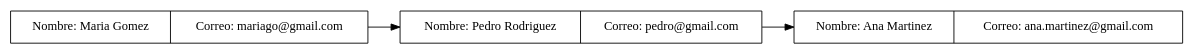
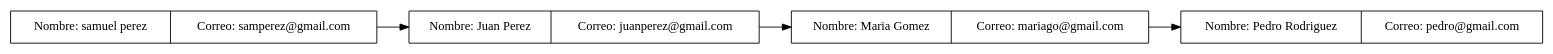
Before and after one commit to elsaminee/-EDD-Proyecto_202200198: the diagram in output/usuarios.dot, drawn with Graphviz. The commit also changed 12 other files, not shown here.

```diff
--- a/output/usuarios.dot
+++ b/output/usuarios.dot
@@ -1,9 +1,11 @@
 digraph G {
 node [shape=record];
 rankdir=LR;
-node0 [label="{Nombre: Maria Gomez | Correo: mariago@gmail.com}"];
+node0 [label="{Nombre: samuel perez | Correo: samperez@gmail.com}"];
 node0 -> node1;
-node1 [label="{Nombre: Pedro Rodriguez | Correo: pedro@gmail.com}"];
+node1 [label="{Nombre: Juan Perez | Correo: juanperez@gmail.com}"];
 node1 -> node2;
-node2 [label="{Nombre: Ana Martinez | Correo: ana.martinez@gmail.com}"];
+node2 [label="{Nombre: Maria Gomez | Correo: mariago@gmail.com}"];
+node2 -> node3;
+node3 [label="{Nombre: Pedro Rodriguez | Correo: pedro@gmail.com}"];
 }
```
